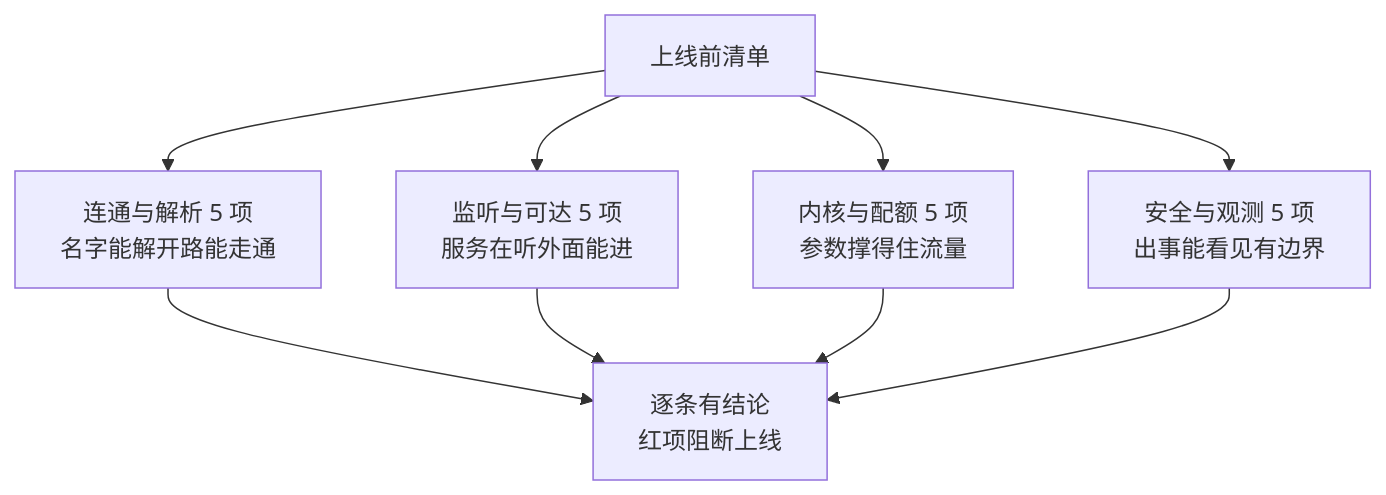
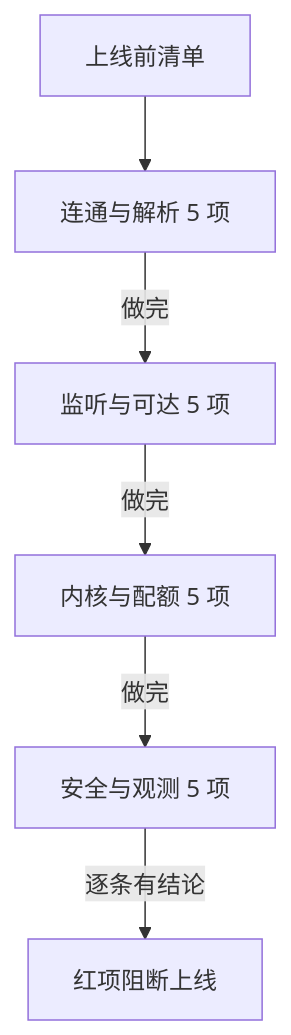
Before and after one commit to hub138/technical-knowledge: the diagram in vault/工程知识/性能工程：从用户等待到资源瓶颈/存储与网络/交付前的网络检查清单：二十项逐条过，三项全绿再上线.md, drawn with Mermaid. The commit also changed other lines of this file and 622 other files, not shown here.

````diff
--- a/vault/工程知识/性能工程：从用户等待到资源瓶颈/存储与网络/交付前的网络检查清单：二十项逐条过，三项全绿再上线.md
+++ b/vault/工程知识/性能工程：从用户等待到资源瓶颈/存储与网络/交付前的网络检查清单：二十项逐条过，三项全绿再上线.md
@@ -67,11 +83,8 @@
 ```mermaid
 flowchart TB
-    a["上线前清单"] --> b1["连通与解析 5 项<br/>名字能解开路能走通"]
-    a --> b2["监听与可达 5 项<br/>服务在听外面能进"]
-    a --> b3["内核与配额 5 项<br/>参数撑得住流量"]
-    a --> b4["安全与观测 5 项<br/>出事能看见有边界"]
-    b1 --> c["逐条有结论<br/>红项阻断上线"]
-    b2 --> c
-    b3 --> c
-    b4 --> c
+    a["上线前清单"] --> b1["连通与解析 5 项"]
+    b1 -->|"做完"| b2["监听与可达 5 项"]
+    b2 -->|"做完"| b3["内核与配额 5 项"]
+    b3 -->|"做完"| b4["安全与观测 5 项"]
+    b4 -->|"逐条有结论"| c["红项阻断上线"]
 ```
````
